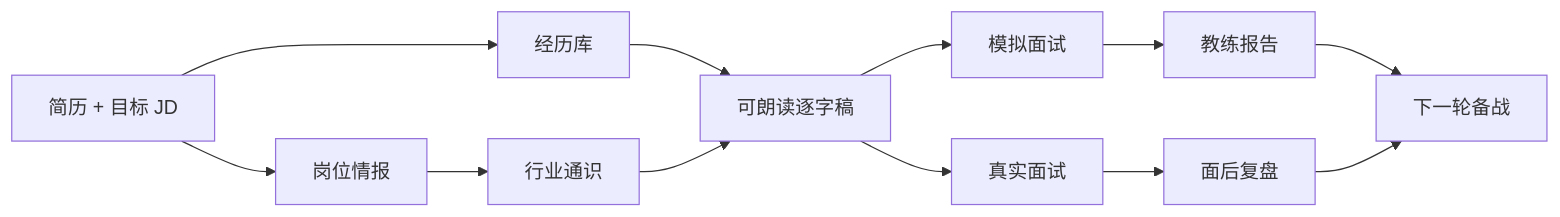
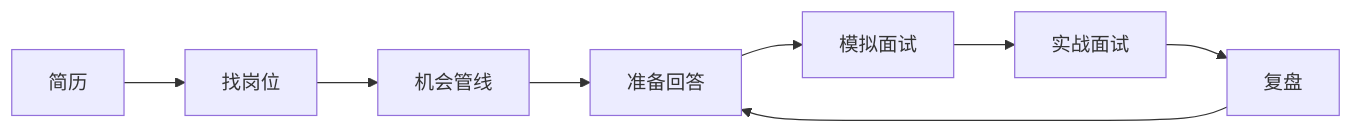
One commit to YunyueLi/greenroom changed the diagram in README.zh-CN.md. Above: the diagram before and after it, drawn with Mermaid. The commit also changed other lines of this file and 10 other files, not shown here.

````diff
--- a/README.zh-CN.md
+++ b/README.zh-CN.md
@@ -67,14 +37,10 @@
 ```mermaid
 flowchart LR
-    A["简历 + 目标 JD"] --> B["岗位情报"]
-    A --> C["经历库"]
-    B --> D["行业通识"]
-    C --> E["可朗读逐字稿"]
-    D --> E
-    E --> F["模拟面试"]
-    F --> G["教练报告"]
-    G --> H["下一轮备战"]
-    E --> I["真实面试"]
-    I --> J["面后复盘"]
-    J --> H
+    A["简历"] --> B["找岗位"]
+    B --> C["机会管线"]
+    C --> D["准备回答"]
+    D --> E["模拟面试"]
+    E --> F["实战面试"]
+    F --> G["复盘"]
+    G --> D
 ```
````
